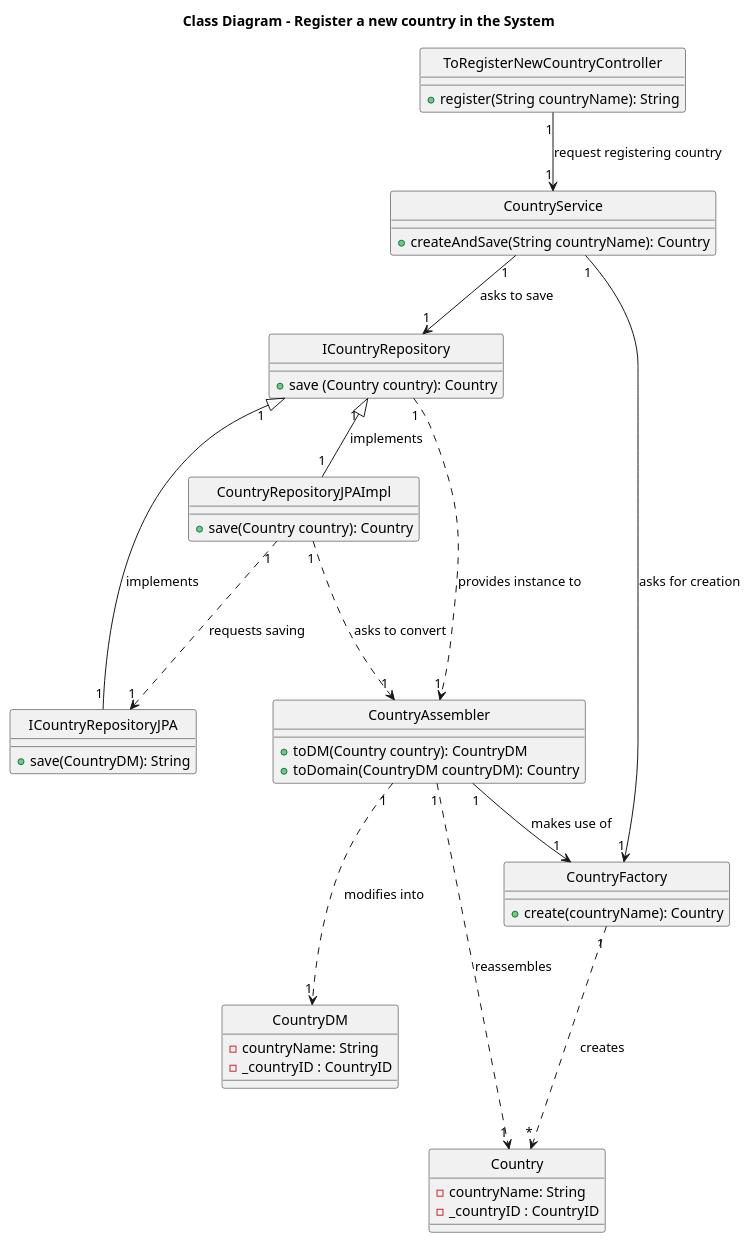
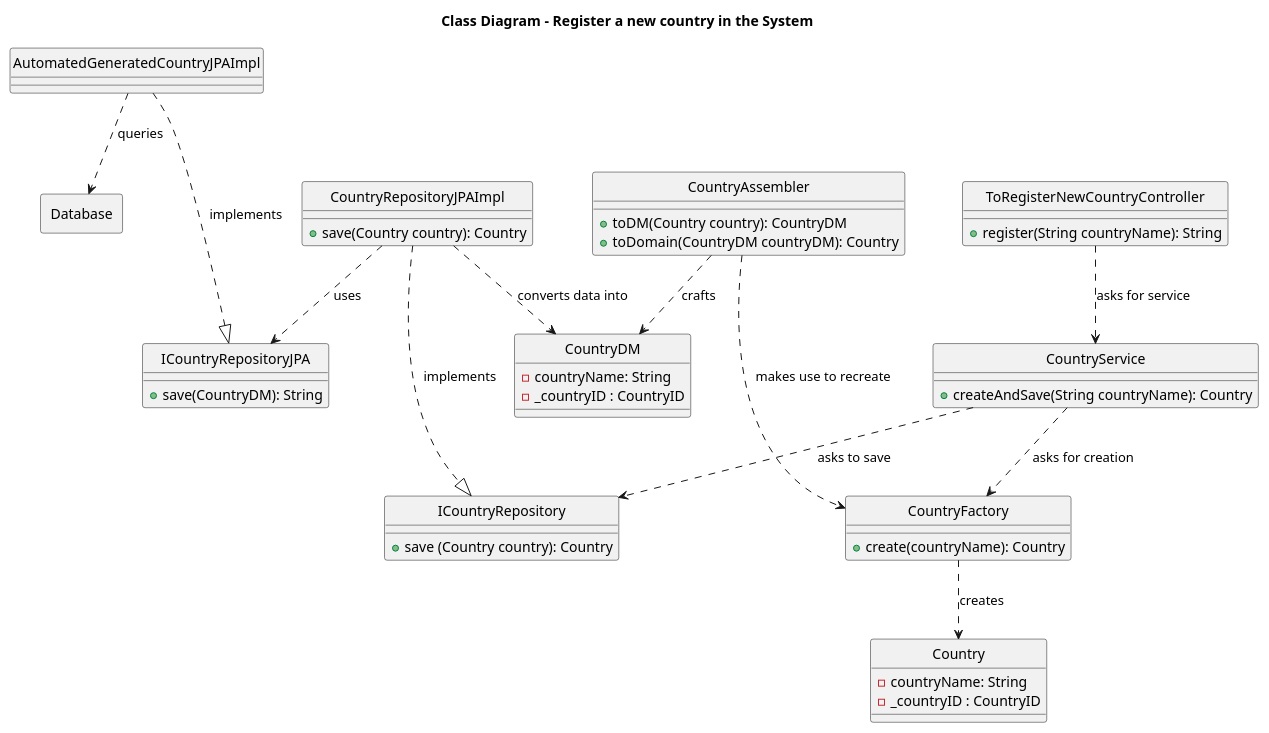
One commit to AndrePereiraGitH/SWitCH-Project-Team_A changed the diagram in Diagrams/ClassDiagrams/To-register-a-new-country-in-the-system.puml. Above: the diagram before and after it, drawn with PlantUML.

Commit message:
Working on #777: redesign of the ToRegisterANewCountry Class Diagram

```diff
--- a/Diagrams/ClassDiagrams/To-register-a-new-country-in-the-system.puml
+++ b/Diagrams/ClassDiagrams/To-register-a-new-country-in-the-system.puml
@@ -1,60 +1,111 @@
 @startuml
 
 title Class Diagram - Register a new country in the System
 hide circle
 
 
 class ICountryRepository {
     +save (Country country): Country
     }
 
 class CountryFactory {
     +create(countryName): Country
 }
 
 class ToRegisterNewCountryController{
   + register(String countryName): String
 }
 
 class CountryService {
 +createAndSave(String countryName): Country
 }
 
 class CountryAssembler{
 +toDM(Country country): CountryDM
 +toDomain(CountryDM countryDM): Country
 }
 
 class ICountryRepositoryJPA{
 +save(CountryDM): String
 }
 
 class CountryDM{
 -countryName: String
 -_countryID : CountryID
 }
 
 
 class Country {
 -countryName: String
 -_countryID : CountryID
 }
 
 class CountryRepositoryJPAImpl {
 +save(Country country): Country
 }
 
+rectangle Database{
+}
+
+class AutomatedGeneratedCountryJPAImpl{
+}
+
+/'
 ' Interactions
-ToRegisterNewCountryController "1" --> "1" CountryService : request registering country
-CountryService "1" --> "1" CountryFactory : asks for creation
-CountryService "1" --> "1" ICountryRepository : asks to save
-ICountryRepositoryJPA "1" --|> "1" ICountryRepository : implements
-ICountryRepository "                      1" <|-- "1" CountryRepositoryJPAImpl : implements
-CountryRepositoryJPAImpl "1" .--> "1" CountryAssembler : asks to convert
-CountryRepositoryJPAImpl "1" .--> "1" ICountryRepositoryJPA : requests saving
-ICountryRepository "1" .--> "1" CountryAssembler : provides instance to
+
+' === Implementations ===
+CountryRepositoryJPAImpl ..|> ICountryRepository : implements
+CountryRepositoryJPAImpl ..|> ICountryRepositoryJPA : implements
+
+' === Implementation Communication ===
+
+CountryRepositoryJPAImpl --> CountryAssembler : converts
+CountryRepositoryJPAImpl ..> AutomaticGeneratedCountryJPAImpl : requests
+
+' === Assembler Interactions ===
+
+CountryAssembler ..> CountryFactory : asks for creation
+CountryAssembler ..> CountryDM : converts
+
+' === JPA Relations ===
+
+ICountryRepositoryJPA --> CountryDM : persists
+
+ToRegisterNewCountryController "1" .--> "1" CountryService : request registering country
+CountryService "1" .--> "1" CountryFactory : asks for creation
+CountryService "1" .--> "1" ICountryRepository : asks to save
+ICountryRepositoryJPA "1" .--|> "1" ICountryRepository : implements
+ICountryRepositoryJPA "1" .--> "1" CountryAssembler : provides instance to
+ICountryRepositoryJPA .--> CountryFactory
+CountryRepositoryJPAImpl .--> Database : queries
+CountryRepositoryJPAImpl "1" .--|> "1" ICountryRepositoryJPA : implements
 CountryAssembler "1" .--> "1" CountryDM : modifies into
-CountryAssembler "1" --> "1" CountryFactory : makes use of
+CountryAssembler "1" .--> "1" CountryFactory : makes use of
 CountryAssembler "1" .--> "1" Country : reassembles
 CountryFactory "1" .--> "*" Country : creates
+AutomaticGeneratedCountryJPAImpl .--> Database : queries
+AutomaticGeneratedCountryJPAImpl .--|> ICountryRepositoryJPA : implements
+ToRegisterNewCountryController "1" .--> "1" CountryService : request registering country
+CountryFactory "1" .--> "*" Country : creates
+CountryService "1" .--> "1" CountryFactory : asks for creation
+CountryService "1" .--> "1" ICountryRepository : asks to save
+AutomaticGeneratedCountryJPAImpl .--> Database : queries
+CountryRepositoryJPAImpl .--> Database : queries
+'/
+
+CountryService ..> CountryFactory : asks for creation
+CountryFactory ..> Country : creates
+CountryAssembler ..> CountryDM : crafts
+CountryAssembler ..> CountryFactory : makes use to recreate
+
+
+ToRegisterNewCountryController ..> CountryService : asks for service
+CountryService ..> ICountryRepository : asks to save
+CountryRepositoryJPAImpl .--|> ICountryRepository : implements
+CountryRepositoryJPAImpl ..> CountryDM : converts data into
+CountryRepositoryJPAImpl ..> ICountryRepositoryJPA : uses
+AutomatedGeneratedCountryJPAImpl .--|> ICountryRepositoryJPA : implements
+AutomatedGeneratedCountryJPAImpl ..> Database : queries
+
+
 @enduml
```
